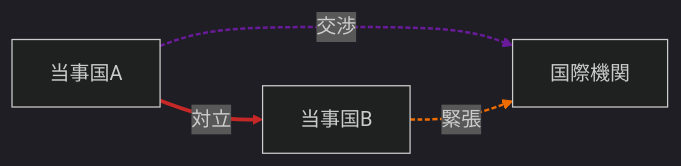
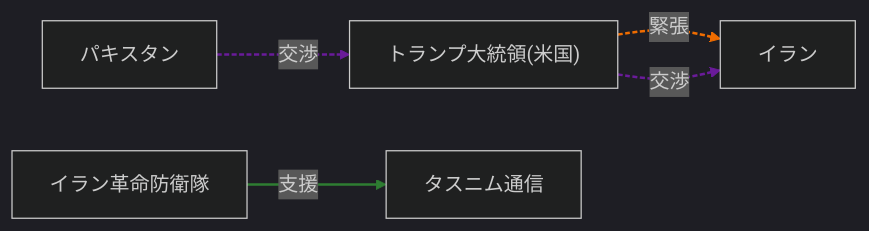
One commit to YUUUyutaro/tiseigaku changed the fourth of 25 diagrams in docs/reports/2026-04-22.md. Above: the diagram before and after it, drawn with Mermaid (dark theme). The commit also changed other lines of this file and 3 other files, not shown here.

````diff
--- a/docs/reports/2026-04-22.md
+++ b/docs/reports/2026-04-22.md
@@ -70,12 +77,16 @@
 ```mermaid
 graph LR
-  N0["当事国A"]
-  N1["当事国B"]
-  N2["国際機関"]
-  N0 -->|対立| N1
-  N0 -->|交渉| N2
-  N1 -->|緊張| N2
-  linkStyle 0 stroke:#c62828,stroke-width:3px;
+  N0["トランプ大統領(米国)"]
+  N1["イラン"]
+  N2["イラン革命防衛隊"]
+  N3["パキスタン"]
+  N4["タスニム通信"]
+  N0 -->|緊張| N1
+  N0 -->|交渉| N1
+  N3 -->|交渉| N0
+  N2 -->|支援| N4
+  linkStyle 0 stroke:#ef6c00,stroke-width:2px,stroke-dasharray:4 2;
   linkStyle 1 stroke:#6a1b9a,stroke-width:2px,stroke-dasharray:4 2;
-  linkStyle 2 stroke:#ef6c00,stroke-width:2px,stroke-dasharray:4 2;
+  linkStyle 2 stroke:#6a1b9a,stroke-width:2px,stroke-dasharray:4 2;
+  linkStyle 3 stroke:#2e7d32,stroke-width:2px;
 ```
````
